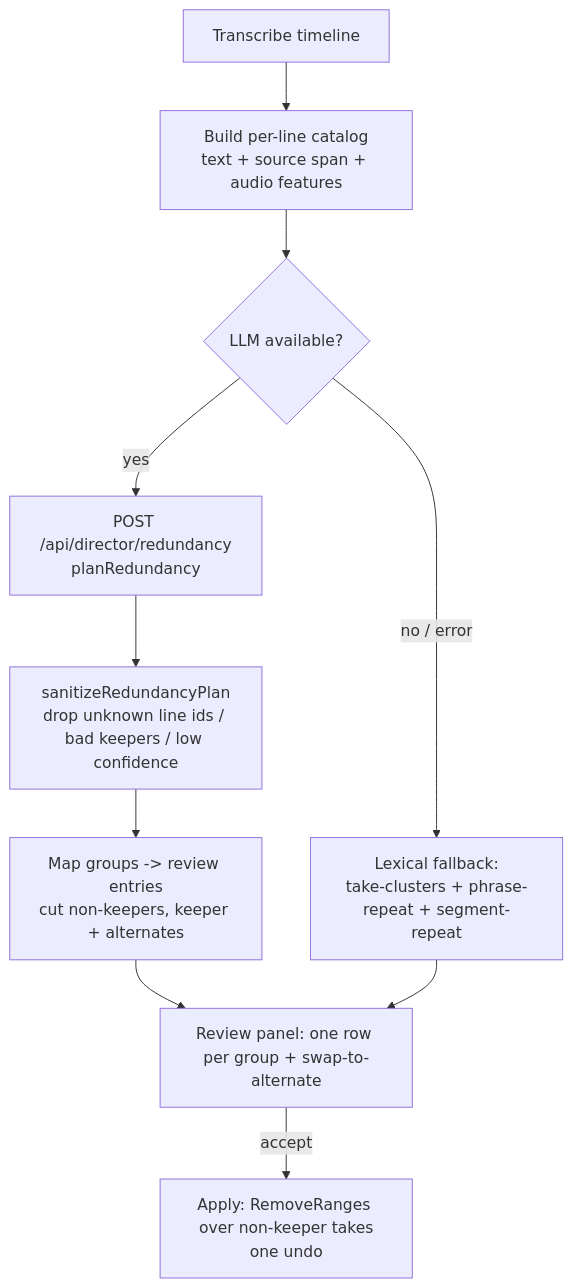
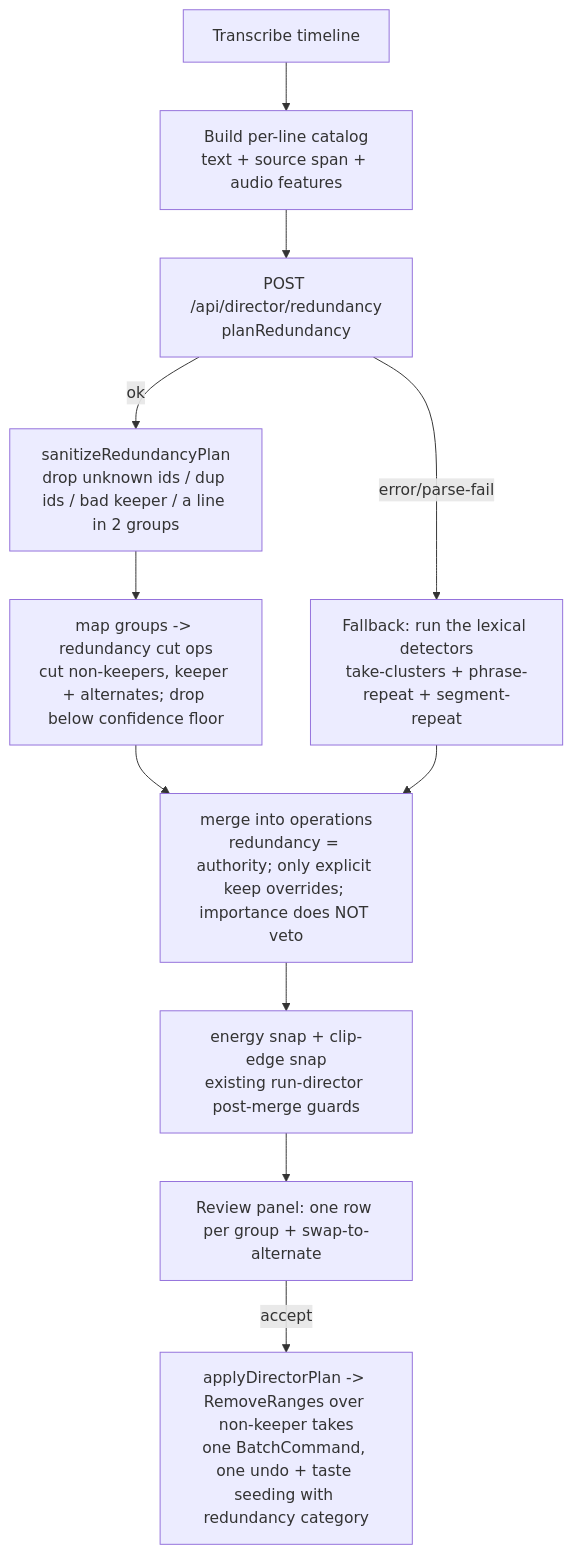
The diagram in docs/plans/2026-06-23-001-feat-director-repeat-detection-plan.md (fullvaluedan/vibecut), drawn with Mermaid before and after one commit. The commit also changed other lines of this file, not shown here.

First line of the commit message:
docs(director): deepen the redundancy-pass plan (architecture + test-completeness pass)

````diff
--- a/docs/plans/2026-06-23-001-feat-director-repeat-detection-plan.md
+++ b/docs/plans/2026-06-23-001-feat-director-repeat-detection-plan.md
@@ -59,12 +66,13 @@
 ```mermaid
 flowchart TD
     A[Transcribe timeline] --> B[Build per-line catalog<br/>text + source span + audio features]
-    B --> C{LLM available?}
-    C -->|yes| D[POST /api/director/redundancy<br/>planRedundancy]
-    D --> E[sanitizeRedundancyPlan<br/>drop unknown line ids / bad keepers / low confidence]
-    E --> F[Map groups -> review entries<br/>cut non-keepers, keeper + alternates]
-    C -->|no / error| G[Lexical fallback:<br/>take-clusters + phrase-repeat + segment-repeat]
-    F --> H[Review panel: one row per group + swap-to-alternate]
-    G --> H
-    H -->|accept| I[Apply: RemoveRanges over non-keeper takes<br/>one undo]
+    B --> C[POST /api/director/redundancy<br/>planRedundancy]
+    C -->|ok| E[sanitizeRedundancyPlan<br/>drop unknown ids / dup ids / bad keeper / a line in 2 groups]
+    E --> F[map groups -> redundancy cut ops<br/>cut non-keepers, keeper + alternates; drop below confidence floor]
+    F --> G[merge into operations<br/>redundancy = authority; only explicit keep overrides; importance does NOT veto]
+    C -->|error/parse-fail| H[Fallback: run the lexical detectors<br/>take-clusters + phrase-repeat + segment-repeat]
+    H --> G
+    G --> I[energy snap + clip-edge snap<br/>existing run-director post-merge guards]
+    I --> J[Review panel: one row per group + swap-to-alternate]
+    J -->|accept| K[applyDirectorPlan -> RemoveRanges over non-keeper takes<br/>one BatchCommand, one undo + taste seeding with redundancy category]
 ```
````
